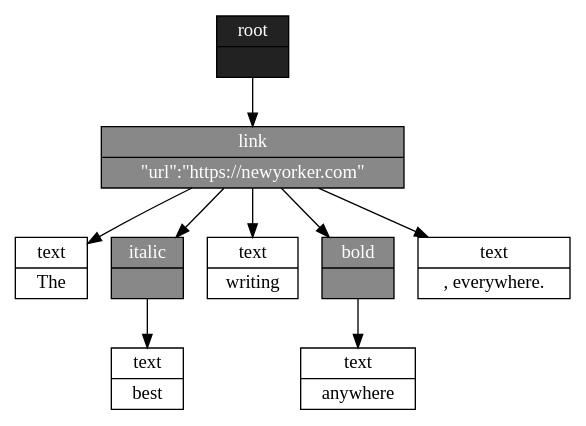
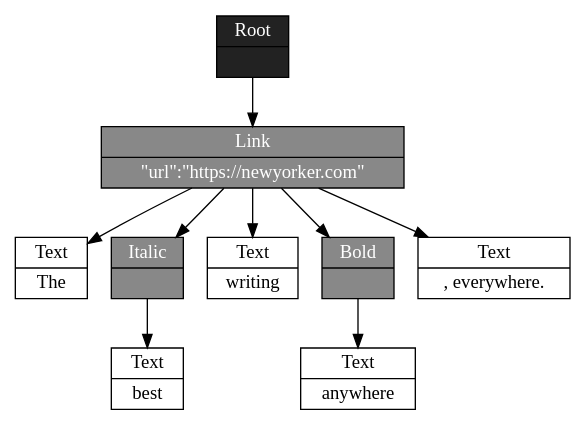
The diagram in packages/@atjson/renderer-graphviz/example.dot (CondeNast/atjson), drawn with Graphviz before and after one commit. The commit also changed 64 other files, not shown here.

```diff
--- a/packages/@atjson/renderer-graphviz/example.dot
+++ b/packages/@atjson/renderer-graphviz/example.dot
@@ -1,20 +1,20 @@
 digraph atjson{
   node [shape=record];
-  root1 [label="{root|{}}" style=filled fillcolor="#222222" fontcolor="#FFFFFF"];
-  link2 [label="{link|{\"url\":\"https://newyorker.com\"}}" style=filled fillcolor="#888888" fontcolor="#FFFFFF"];
-  text3 [label="{text|The }" style=filled fillcolor="#FFFFFF" fontcolor="#000000"];
-  italic4 [label="{italic|{}}" style=filled fillcolor="#888888" fontcolor="#FFFFFF"];
-  text5 [label="{text|best}" style=filled fillcolor="#FFFFFF" fontcolor="#000000"];
-  text6 [label="{text| writing }" style=filled fillcolor="#FFFFFF" fontcolor="#000000"];
-  bold7 [label="{bold|{}}" style=filled fillcolor="#888888" fontcolor="#FFFFFF"];
-  text8 [label="{text|anywhere}" style=filled fillcolor="#FFFFFF" fontcolor="#000000"];
-  text9 [label="{text|, everywhere.}" style=filled fillcolor="#FFFFFF" fontcolor="#000000"];
-  link2 -> text3;
-  italic4 -> text5;
-  link2 -> italic4;
-  link2 -> text6;
-  bold7 -> text8;
-  link2 -> bold7;
-  link2 -> text9;
-  root1 -> link2;
+  Root1 [label="{Root|{}}" style=filled fillcolor="#222222" fontcolor="#FFFFFF"];
+  Link2 [label="{Link|{\"url\":\"https://newyorker.com\"}}" style=filled fillcolor="#888888" fontcolor="#FFFFFF"];
+  Text3 [label="{Text|The }" style=filled fillcolor="#FFFFFF" fontcolor="#000000"];
+  Italic4 [label="{Italic|{}}" style=filled fillcolor="#888888" fontcolor="#FFFFFF"];
+  Text5 [label="{Text|best}" style=filled fillcolor="#FFFFFF" fontcolor="#000000"];
+  Text6 [label="{Text| writing }" style=filled fillcolor="#FFFFFF" fontcolor="#000000"];
+  Bold7 [label="{Bold|{}}" style=filled fillcolor="#888888" fontcolor="#FFFFFF"];
+  Text8 [label="{Text|anywhere}" style=filled fillcolor="#FFFFFF" fontcolor="#000000"];
+  Text9 [label="{Text|, everywhere.}" style=filled fillcolor="#FFFFFF" fontcolor="#000000"];
+  Link2 -> Text3;
+  Italic4 -> Text5;
+  Link2 -> Italic4;
+  Link2 -> Text6;
+  Bold7 -> Text8;
+  Link2 -> Bold7;
+  Link2 -> Text9;
+  Root1 -> Link2;
 }
```
